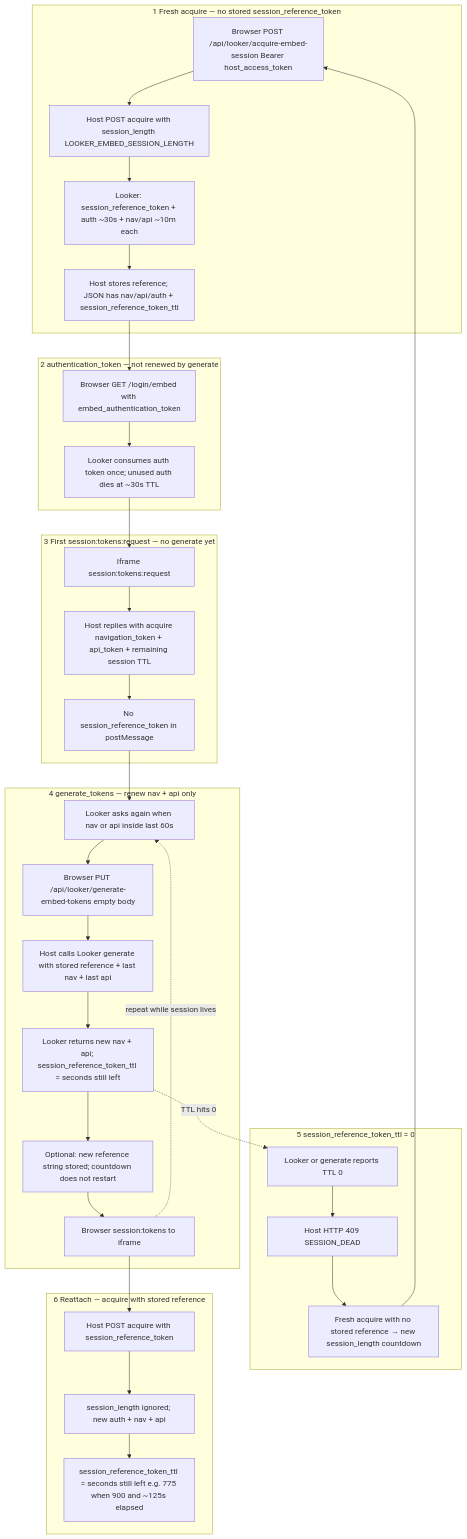
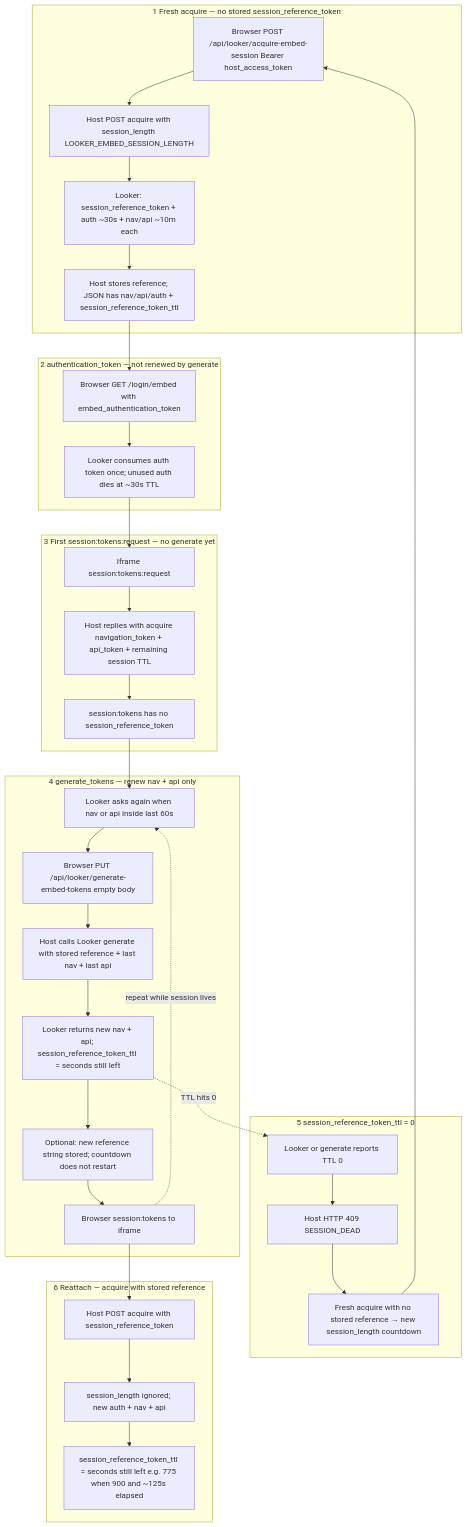
The diagram in docs/sequence-looker-token-lifecycle.mmd (acfin-sa/cookieless-session-lab), drawn with Mermaid before and after one commit. The commit also changed 22 other files, not shown here.

First line of the commit message:
Remove the raw postMessage iframe and keep Looker on the Embed SDK.

```diff
--- a/docs/sequence-looker-token-lifecycle.mmd
+++ b/docs/sequence-looker-token-lifecycle.mmd
@@ -1,54 +1,54 @@
 %% Looker four-token lifecycle. Renewal is explicit.
 %% flowchart TB: renders in Cursor Mermaid preview (sequenceDiagram is not supported there).
 %% session_reference_token: one countdown. nav + api rotate together. auth token is single-use.
 flowchart TB
   subgraph fresh["1 Fresh acquire — no stored session_reference_token"]
     F1["Browser POST /api/looker/acquire-embed-session Bearer host_access_token"]
     F2["Host POST acquire with session_length LOOKER_EMBED_SESSION_LENGTH"]
     F3["Looker: session_reference_token + auth ~30s + nav/api ~10m each"]
     F4["Host stores reference; JSON has nav/api/auth + session_reference_token_ttl"]
     F1 --> F2 --> F3 --> F4
   end
 
   subgraph auth["2 authentication_token — not renewed by generate"]
     G1["Browser GET /login/embed with embed_authentication_token"]
     G2["Looker consumes auth token once; unused auth dies at ~30s TTL"]
     F4 --> G1 --> G2
   end
 
   subgraph firstAsk["3 First session:tokens:request — no generate yet"]
     H1["Iframe session:tokens:request"]
     H2["Host replies with acquire navigation_token + api_token + remaining session TTL"]
-    H3["No session_reference_token in postMessage"]
+    H3["session:tokens has no session_reference_token"]
     G2 --> H1 --> H2 --> H3
   end
 
   subgraph generate["4 generate_tokens — renew nav + api only"]
     I1["Looker asks again when nav or api inside last 60s"]
     I2["Browser PUT /api/looker/generate-embed-tokens empty body"]
     I3["Host calls Looker generate with stored reference + last nav + last api"]
     I4["Looker returns new nav + api; session_reference_token_ttl = seconds still left"]
     I5["Optional: new reference string stored; countdown does not restart"]
     I6["Browser session:tokens to iframe"]
     I1 --> I2 --> I3 --> I4 --> I5 --> I6
     I6 -.->|"repeat while session lives"| I1
   end
 
   subgraph dead["5 session_reference_token_ttl = 0"]
     J1["Looker or generate reports TTL 0"]
     J2["Host HTTP 409 SESSION_DEAD"]
     J3["Fresh acquire with no stored reference → new session_length countdown"]
     J1 --> J2 --> J3
   end
 
   subgraph reattach["6 Reattach — acquire with stored reference"]
     K1["Host POST acquire with session_reference_token"]
     K2["session_length ignored; new auth + nav + api"]
     K3["session_reference_token_ttl = seconds still left e.g. 775 when 900 and ~125s elapsed"]
     K1 --> K2 --> K3
   end
 
   H3 --> I1
   I6 --> K1
   I4 -.->|"TTL hits 0"| J1
   J3 --> F1
```
